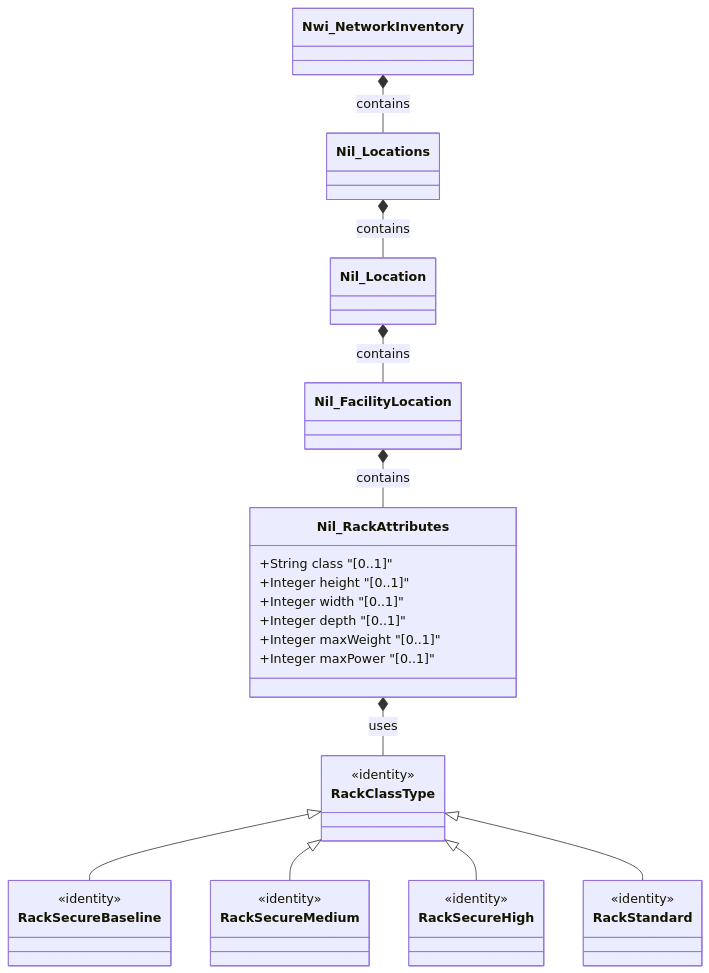
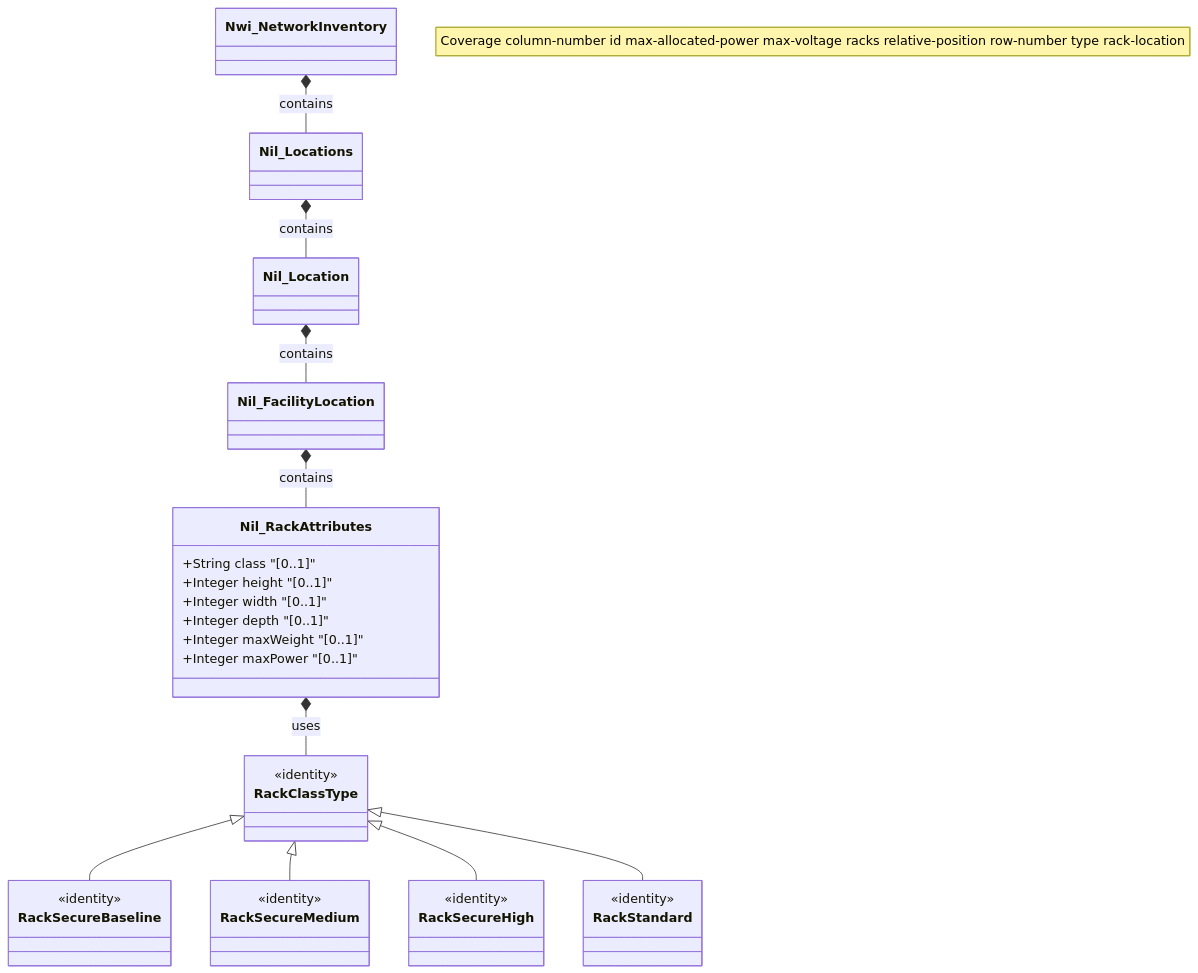
Before and after one commit to gintatkinson/3dgs-032: the diagram in docs/features/feat-11-rack-attributes.md, drawn with Mermaid. The commit also changed other lines of this file and 14 other files, not shown here.

````diff
--- a/docs/features/feat-11-rack-attributes.md
+++ b/docs/features/feat-11-rack-attributes.md
@@ -23,39 +25,40 @@
 ```mermaid
 classDiagram
+    note "Coverage column-number id max-allocated-power max-voltage racks relative-position row-number type rack-location"
     class Nwi_NetworkInventory
     class Nil_Locations
     class Nil_Location
     class Nil_FacilityLocation
     class Nil_RackAttributes {
         +String class "[0..1]"
         +Integer height "[0..1]"
         +Integer width "[0..1]"
         +Integer depth "[0..1]"
         +Integer maxWeight "[0..1]"
         +Integer maxPower "[0..1]"
     }
     class RackClassType {
         <<identity>>
     }
     class RackSecureBaseline {
         <<identity>>
     }
     class RackSecureMedium {
         <<identity>>
     }
     class RackSecureHigh {
         <<identity>>
     }
     class RackStandard {
         <<identity>>
     }
     Nwi_NetworkInventory *-- Nil_Locations : contains
     Nil_Locations *-- Nil_Location : contains
     Nil_Location *-- Nil_FacilityLocation : contains
     Nil_FacilityLocation *-- Nil_RackAttributes : contains
     Nil_RackAttributes *-- RackClassType : uses
     RackClassType <|-- RackSecureBaseline
     RackClassType <|-- RackSecureMedium
     RackClassType <|-- RackSecureHigh
     RackClassType <|-- RackStandard
 ```
````
